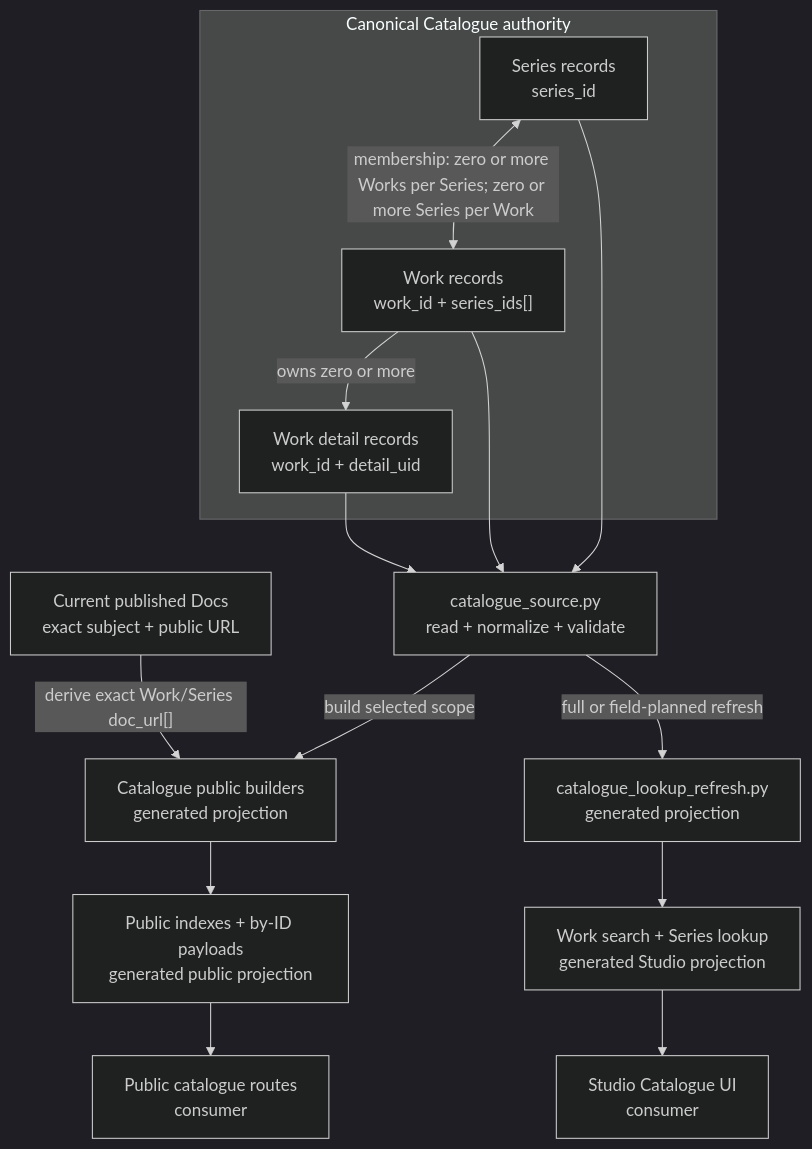
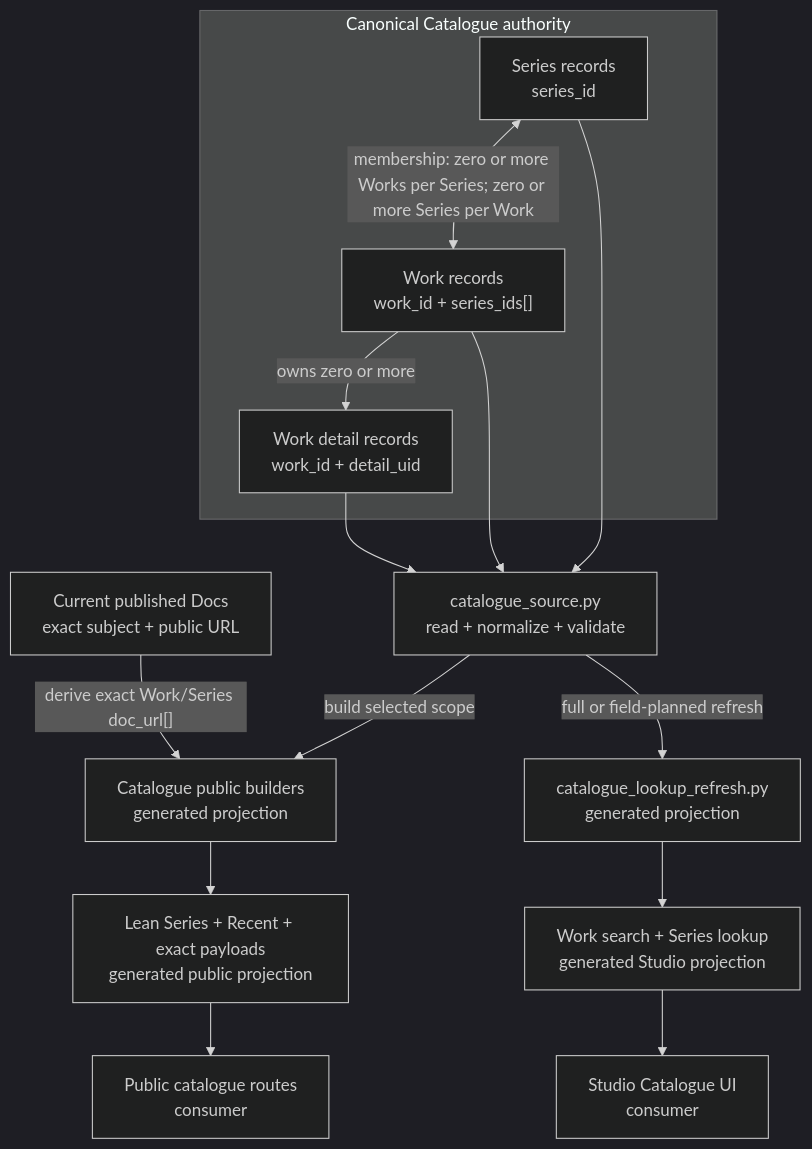
Before and after one commit to dotlineform/dotlineform-site: the diagram in docs-viewer/scopes/studio/source/documents/d-20260802-205910-533be0.md, drawn with Mermaid (dark theme). The commit also changed other lines of this file and 57 other files, not shown here.

````diff
--- a/docs-viewer/scopes/studio/source/documents/d-20260802-205910-533be0.md
+++ b/docs-viewer/scopes/studio/source/documents/d-20260802-205910-533be0.md
@@ -19,28 +19,28 @@
 ```mermaid
 flowchart TB
     accTitle: Catalogue canonical model and read projections
     accDescr: Canonical Series, Works, and Work details are validated by the source model and passed to separate public generation and Studio lookup refresh paths; exact published Docs subjects and locations enrich only public Work and Series by-ID payloads.
     subgraph canonical["Canonical Catalogue authority"]
         series["Series records<br/>series_id"]
         works["Work records<br/>work_id + series_ids[]"]
         details["Work detail records<br/>work_id + detail_uid"]
         series <-->|"membership: zero or more Works per Series; zero or more Series per Work"| works
         works -->|"owns zero or more"| details
     end
     source["catalogue_source.py<br/>read + normalize + validate"]
     publicDocs["Current published Docs<br/>exact subject + public URL"]
     publicBuild["Catalogue public builders<br/>generated projection"]
     studioBuild["catalogue_lookup_refresh.py<br/>generated projection"]
-    publicData["Public indexes + by-ID payloads<br/>generated public projection"]
+    publicData["Lean Series + Recent + exact payloads<br/>generated public projection"]
     studioData["Work search + Series lookup<br/>generated Studio projection"]
     publicConsumer["Public catalogue routes<br/>consumer"]
     studioConsumer["Studio Catalogue UI<br/>consumer"]
     series --> source
     works --> source
     details --> source
     source -->|"build selected scope"| publicBuild
     publicDocs -->|"derive exact Work/Series doc_url[]"| publicBuild
     source -->|"full or field-planned refresh"| studioBuild
     publicBuild --> publicData --> publicConsumer
     studioBuild --> studioData --> studioConsumer
 ```
````
